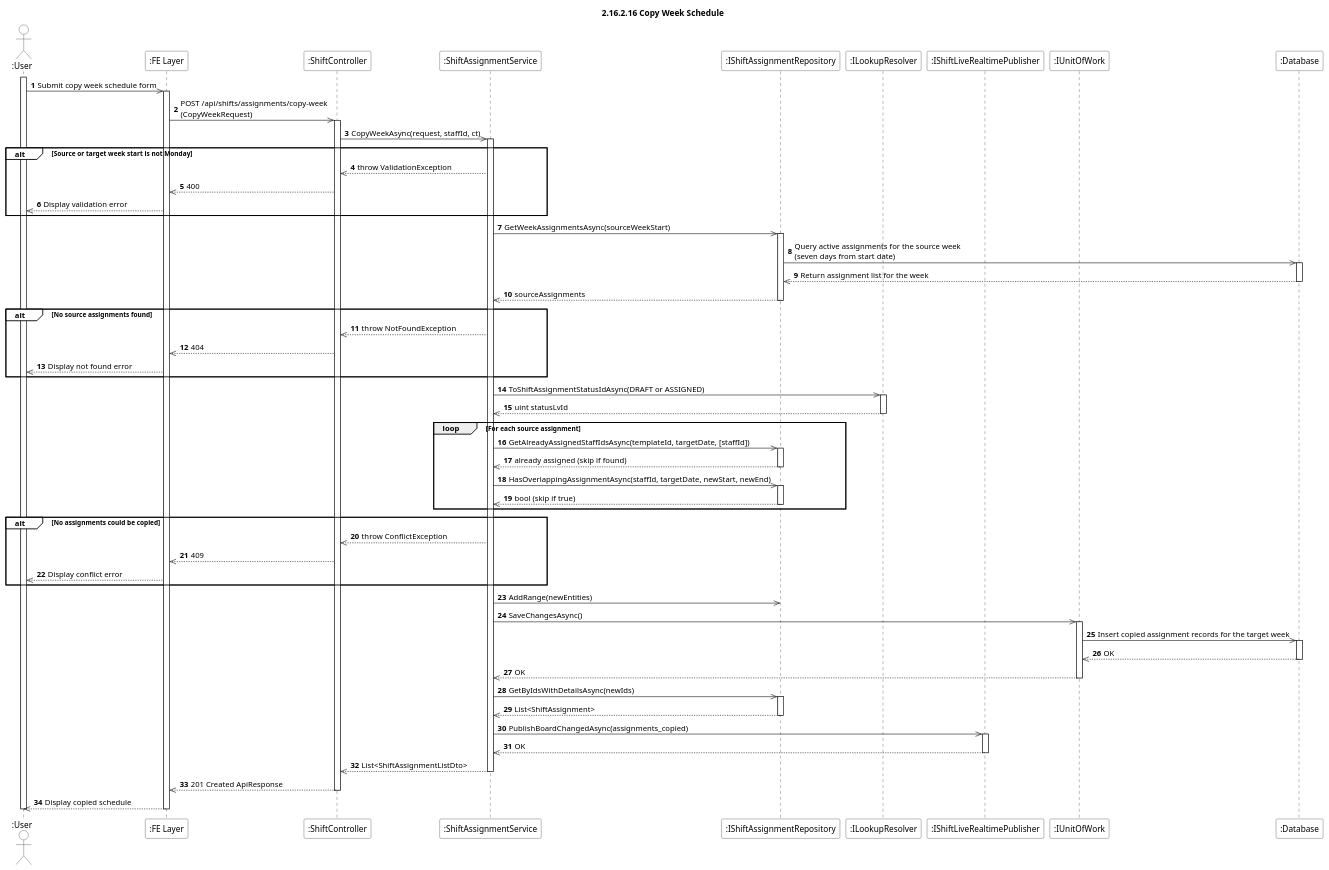
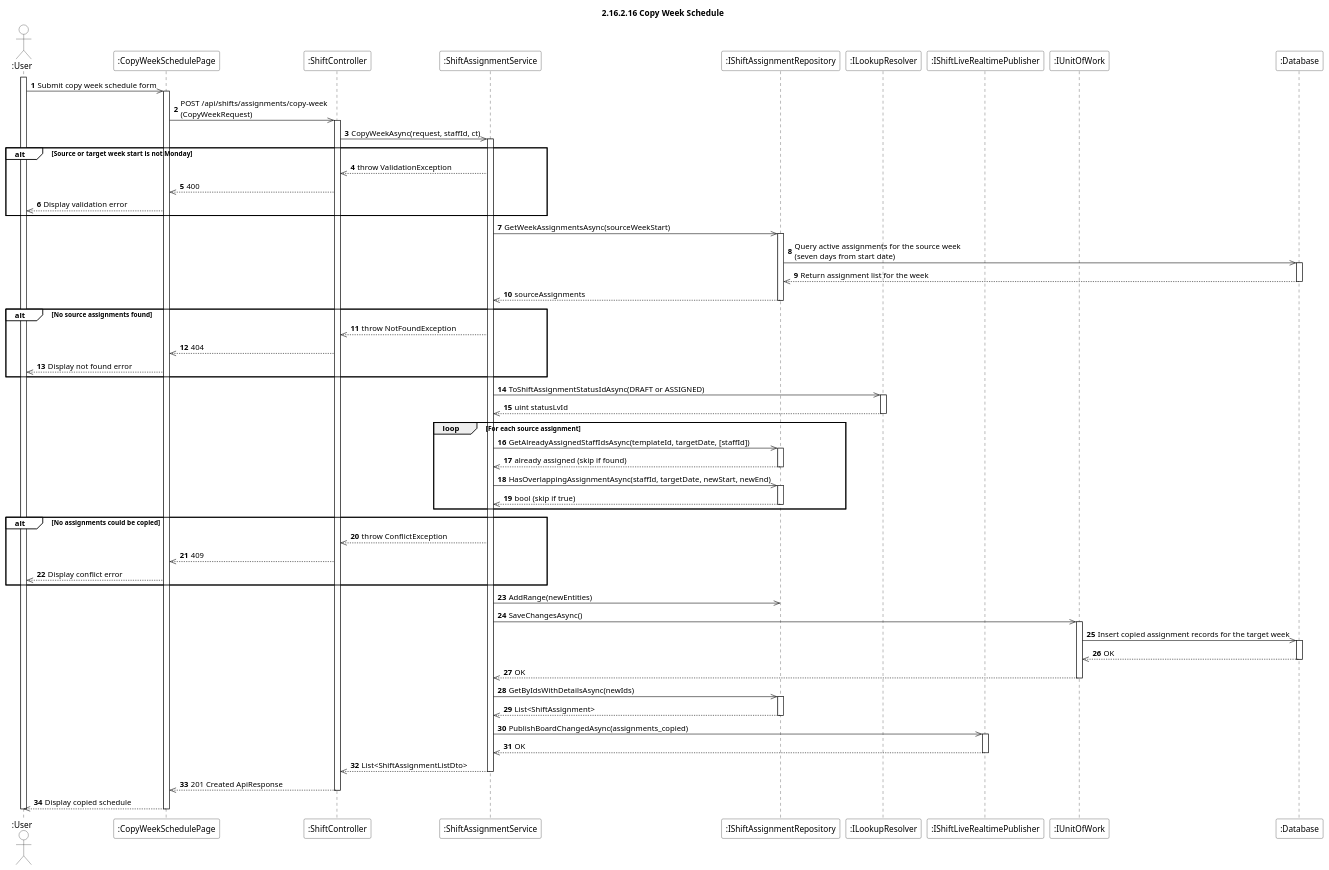
One commit to aulacvietnameseeatery-source/aulac_be changed the diagram in Docs/Software Design Specification/Shift Management/sequence-diagrams/2.16.2.16-copy-week-schedule.puml. Above: the diagram before and after it, drawn with PlantUML. The commit also changed 27 other files, not shown here.

First line of the commit message:
Refactor sequence diagrams for Inventory and Shift Management

```diff
--- a/Docs/Software Design Specification/Shift Management/sequence-diagrams/2.16.2.16-copy-week-schedule.puml
+++ b/Docs/Software Design Specification/Shift Management/sequence-diagrams/2.16.2.16-copy-week-schedule.puml
@@ -1,98 +1,98 @@
 @startuml
 autonumber
 title 2.16.2.16 Copy Week Schedule
 skinparam sequence {
     ParticipantBackgroundColor #ffffff
     ActorBackgroundColor #ffffff
 }
 
 actor ":User" as U
-participant ":FE Layer" as Client
+participant ":CopyWeekSchedulePage" as Client
 participant ":ShiftController" as Ctrl
 participant ":ShiftAssignmentService" as Svc
 participant ":IShiftAssignmentRepository" as ARepo
 participant ":ILookupResolver" as Lookup
 participant ":IShiftLiveRealtimePublisher" as RT
 participant ":IUnitOfWork" as UoW
 participant ":Database" as DB
 
 activate U
 U ->> Client : Submit copy week schedule form
 activate Client
 Client ->> Ctrl : POST /api/shifts/assignments/copy-week\n(CopyWeekRequest)
 activate Ctrl
 Ctrl ->> Svc : CopyWeekAsync(request, staffId, ct)
 activate Svc
 
 alt#White Source or target week start is not Monday
     Svc -->> Ctrl : throw ValidationException
     Ctrl -->> Client : 400
     Client -->> U : Display validation error
 end
 
 Svc ->> ARepo : GetWeekAssignmentsAsync(sourceWeekStart)
 activate ARepo
 ARepo ->> DB : Query active assignments for the source week\n(seven days from start date)
 activate DB
 DB -->> ARepo : Return assignment list for the week
 deactivate DB
 ARepo -->> Svc : sourceAssignments
 deactivate ARepo
 
 alt#White No source assignments found
     Svc -->> Ctrl : throw NotFoundException
     Ctrl -->> Client : 404
     Client -->> U : Display not found error
 end
 
 Svc ->> Lookup : ToShiftAssignmentStatusIdAsync(DRAFT or ASSIGNED)
 activate Lookup
 Lookup -->> Svc : uint statusLvId
 deactivate Lookup
 
 loop For each source assignment
     Svc ->> ARepo : GetAlreadyAssignedStaffIdsAsync(templateId, targetDate, [staffId])
     activate ARepo
     ARepo -->> Svc : already assigned (skip if found)
     deactivate ARepo
     Svc ->> ARepo : HasOverlappingAssignmentAsync(staffId, targetDate, newStart, newEnd)
     activate ARepo
     ARepo -->> Svc : bool (skip if true)
     deactivate ARepo
 end
 
 alt#White No assignments could be copied
     Svc -->> Ctrl : throw ConflictException
     Ctrl -->> Client : 409
     Client -->> U : Display conflict error
 end
 
 Svc ->> ARepo : AddRange(newEntities)
 Svc ->> UoW : SaveChangesAsync()
 activate UoW
 UoW ->> DB : Insert copied assignment records for the target week
 activate DB
 DB -->> UoW : OK
 deactivate DB
 UoW -->> Svc : OK
 deactivate UoW
 
 Svc ->> ARepo : GetByIdsWithDetailsAsync(newIds)
 activate ARepo
 ARepo -->> Svc : List<ShiftAssignment>
 deactivate ARepo
 
 Svc ->> RT : PublishBoardChangedAsync(assignments_copied)
 activate RT
 RT -->> Svc : OK
 deactivate RT
 
 Svc -->> Ctrl : List<ShiftAssignmentListDto>
 deactivate Svc
 Ctrl -->> Client : 201 Created ApiResponse
 deactivate Ctrl
 Client -->> U : Display copied schedule
 deactivate Client
 deactivate U
 
 @enduml
```
